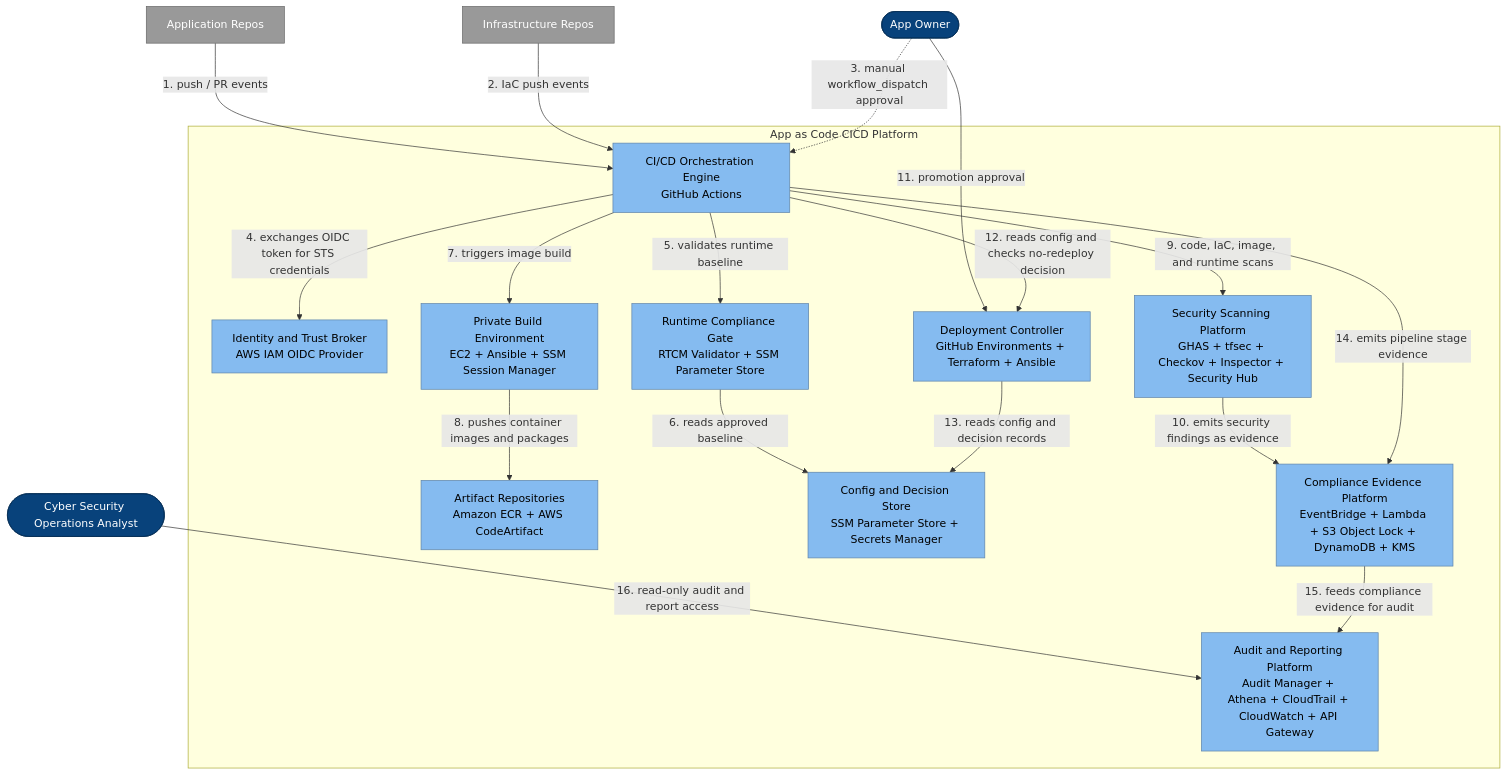
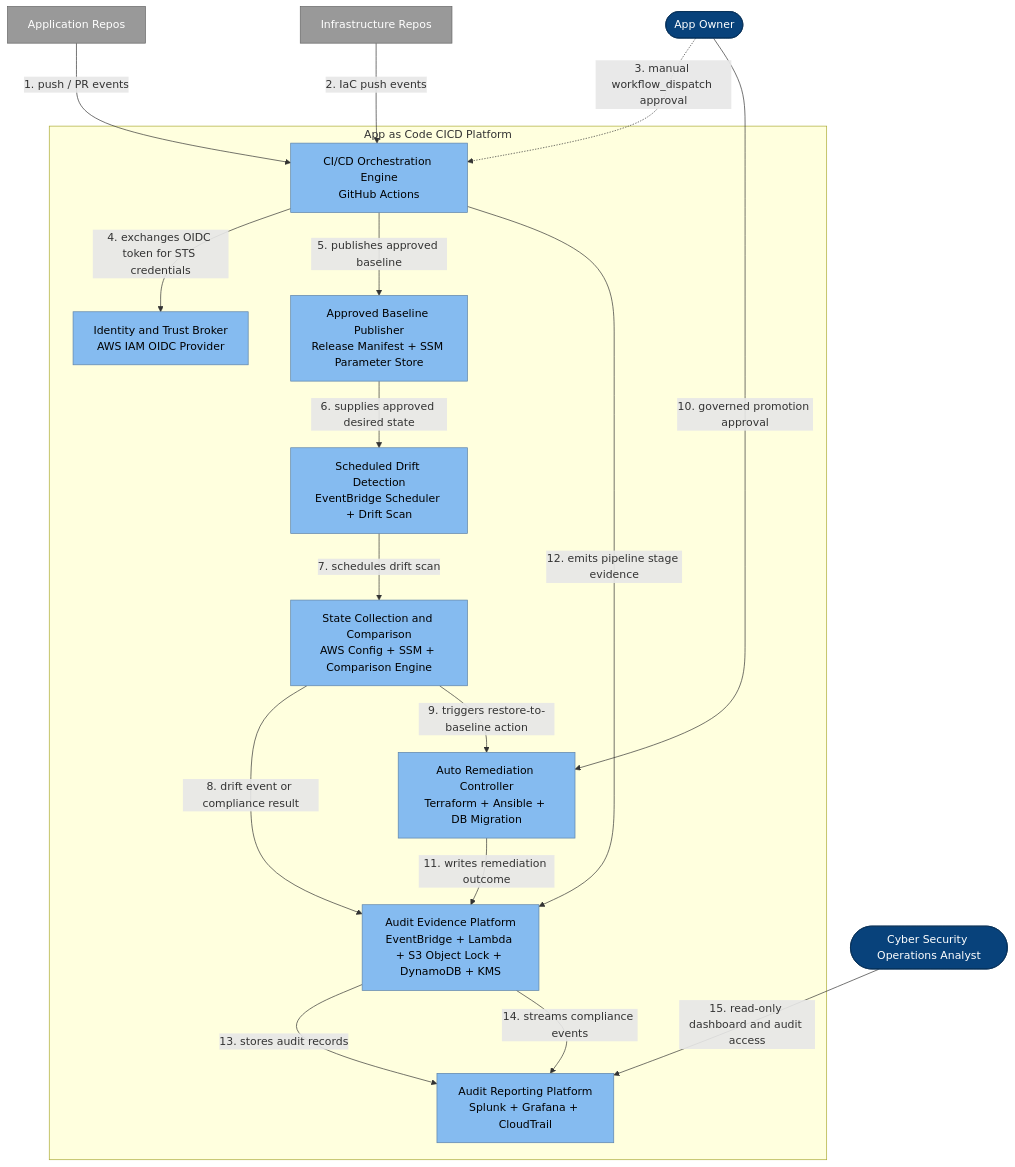
Before and after one commit to wingt903/CICD: the diagram in architecture/c4-container-drawio.mmd, drawn with Mermaid. The commit also changed 13 other files, not shown here.

Commit message:
Update architecture drift flow docs

```diff
--- a/architecture/c4-container-drawio.mmd
+++ b/architecture/c4-container-drawio.mmd
@@ -1,64 +1,67 @@
 graph TB
     %% C4 Container (Level 2) - draw.io compatible
 
     %% External actors
     appOwner([App Owner])
     auditor([Cyber Security Operations Analyst])
 
     %% External systems
     appRepos[Application Repos]
     infraRepos[Infrastructure Repos]
 
     %% System boundary
     subgraph cicd ["App as Code CICD Platform"]
-        orch[CI/CD Orchestration Engine\nGitHub Actions]
-        trust[Identity and Trust Broker\nAWS IAM OIDC Provider]
-        rtcm[Runtime Compliance Gate\nRTCM Validator + SSM Parameter Store]
-        build[Private Build Environment\nEC2 + Ansible + SSM Session Manager]
-        artifact[Artifact Repositories\nAmazon ECR + AWS CodeArtifact]
-        config[Config and Decision Store\nSSM Parameter Store + Secrets Manager]
-        deploy[Deployment Controller\nGitHub Environments + Terraform + Ansible]
-        secscan[Security Scanning Platform\nGHAS + tfsec + Checkov + Inspector + Security Hub]
-        evidence[Compliance Evidence Platform\nEventBridge + Lambda + S3 Object Lock + DynamoDB + KMS]
-        audit[Audit and Reporting Platform\nAudit Manager + Athena + CloudTrail + CloudWatch + API Gateway]
+        orch[CI/CD Orchestration Engine
+GitHub Actions]
+        trust[Identity and Trust Broker
+AWS IAM OIDC Provider]
+        baseline[Approved Baseline Publisher
+Release Manifest + SSM Parameter Store]
+        drift[Scheduled Drift Detection
+EventBridge Scheduler + Drift Scan]
+        compare[State Collection and Comparison
+AWS Config + SSM + Comparison Engine]
+        remediate[Auto Remediation Controller
+Terraform + Ansible + DB Migration]
+        evidence[Audit Evidence Platform
+EventBridge + Lambda + S3 Object Lock + DynamoDB + KMS]
+        dashboards[Audit Reporting Platform
+Splunk + Grafana + CloudTrail]
     end
 
     %% External interactions
     appRepos -->|1. push / PR events| orch
     infraRepos -->|2. IaC push events| orch
     appOwner -.->|3. manual workflow_dispatch approval| orch
-    appOwner -->|11. promotion approval| deploy
-    auditor -->|16. read-only audit and report access| audit
+    appOwner -->|10. governed promotion approval| remediate
+    auditor -->|15. read-only dashboard and audit access| dashboards
 
     %% Internal interactions
     orch -->|4. exchanges OIDC token for STS credentials| trust
-    orch -->|5. validates runtime baseline| rtcm
-    rtcm -->|6. reads approved baseline| config
-    orch -->|7. triggers image build| build
-    build -->|8. pushes container images and packages| artifact
-    orch -->|9. code, IaC, image, and runtime scans| secscan
-    secscan -->|10. emits security findings as evidence| evidence
-    orch -->|12. reads config and checks no-redeploy decision| deploy
-    deploy -->|13. reads config and decision records| config
-    orch -->|14. emits pipeline stage evidence| evidence
-    evidence -->|15. feeds compliance evidence for audit| audit
+    orch -->|5. publishes approved baseline| baseline
+    baseline -->|6. supplies approved desired state| drift
+    drift -->|7. schedules drift scan| compare
+    compare -->|8. drift event or compliance result| evidence
+    compare -->|9. triggers restore-to-baseline action| remediate
+    remediate -->|11. writes remediation outcome| evidence
+    orch -->|12. emits pipeline stage evidence| evidence
+    evidence -->|13. stores audit records| dashboards
+    evidence -->|14. streams compliance events| dashboards
 
     %% Styling - internal containers
     style orch fill:#85BBF0,color:#000000,stroke:#5D82A8
     style trust fill:#85BBF0,color:#000000,stroke:#5D82A8
-    style rtcm fill:#85BBF0,color:#000000,stroke:#5D82A8
-    style build fill:#85BBF0,color:#000000,stroke:#5D82A8
-    style artifact fill:#85BBF0,color:#000000,stroke:#5D82A8
-    style config fill:#85BBF0,color:#000000,stroke:#5D82A8
-    style deploy fill:#85BBF0,color:#000000,stroke:#5D82A8
-    style secscan fill:#85BBF0,color:#000000,stroke:#5D82A8
+    style baseline fill:#85BBF0,color:#000000,stroke:#5D82A8
+    style drift fill:#85BBF0,color:#000000,stroke:#5D82A8
+    style compare fill:#85BBF0,color:#000000,stroke:#5D82A8
+    style remediate fill:#85BBF0,color:#000000,stroke:#5D82A8
     style evidence fill:#85BBF0,color:#000000,stroke:#5D82A8
-    style audit fill:#85BBF0,color:#000000,stroke:#5D82A8
+    style dashboards fill:#85BBF0,color:#000000,stroke:#5D82A8
 
     %% Styling - people
     style appOwner fill:#08427B,color:#ffffff,stroke:#052E56
     style auditor fill:#08427B,color:#ffffff,stroke:#052E56
 
     %% Styling - external systems
     style appRepos fill:#999999,color:#ffffff,stroke:#666666
     style infraRepos fill:#999999,color:#ffffff,stroke:#666666
```
